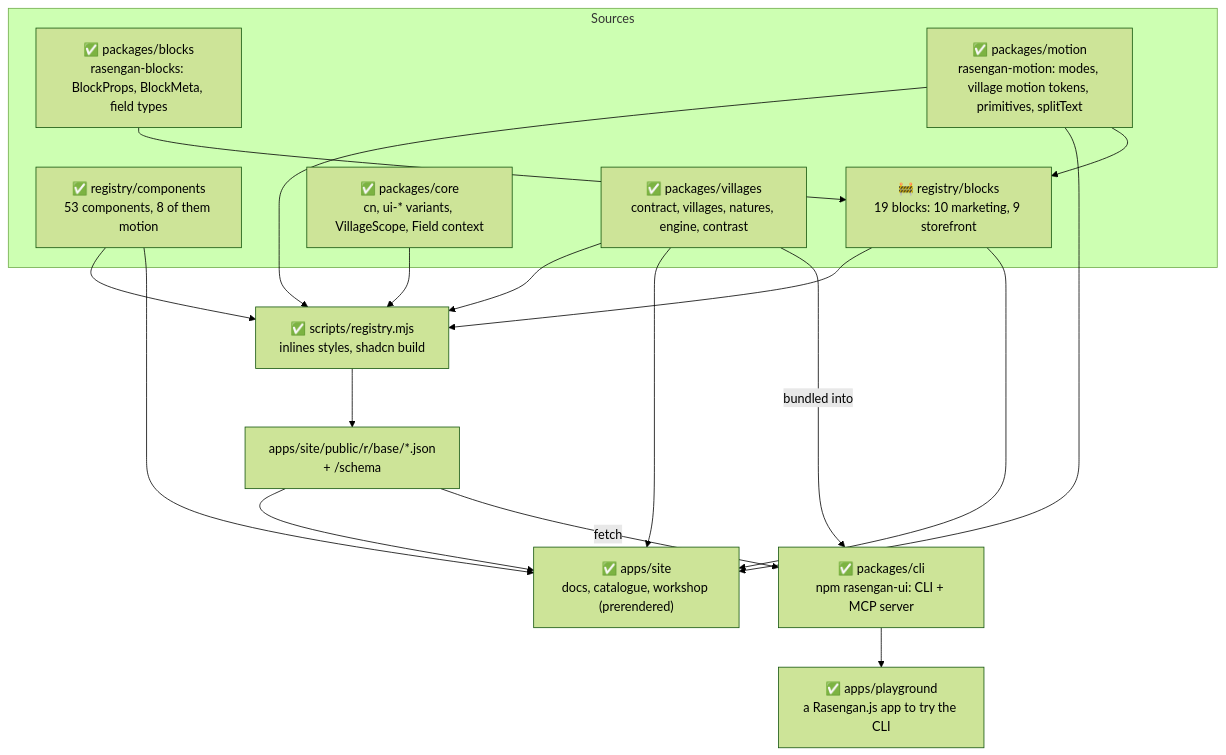
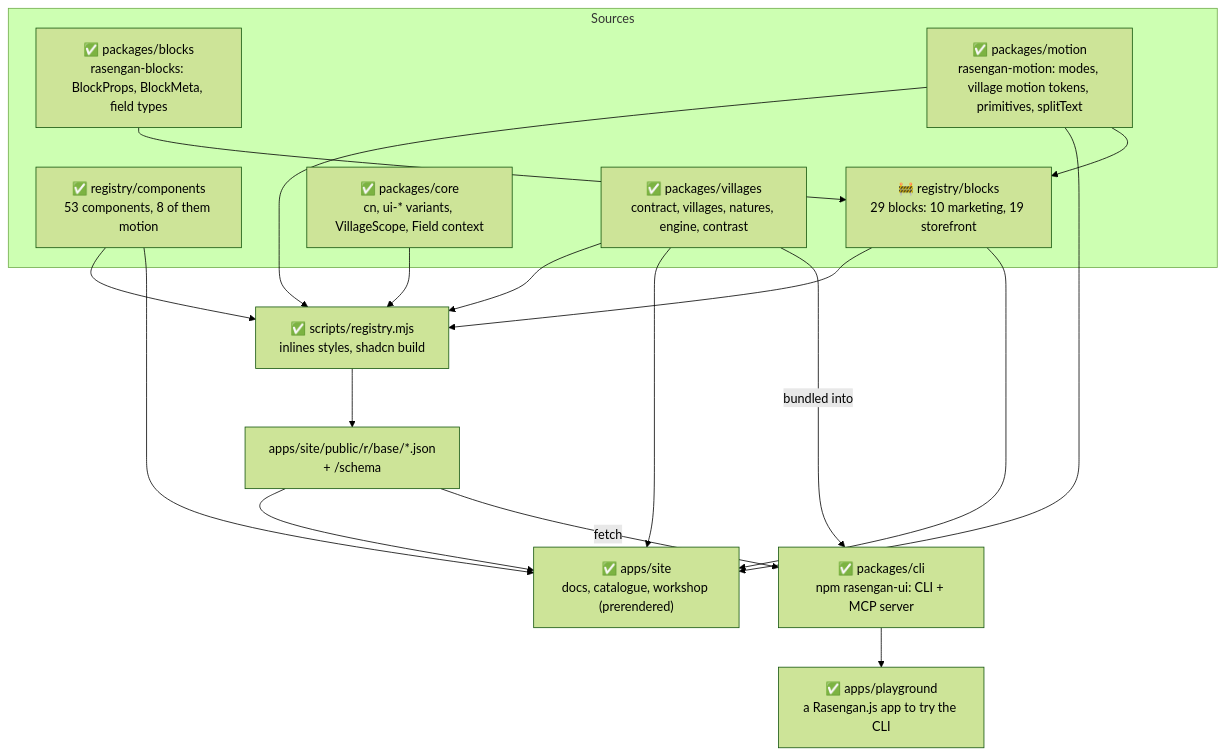
The second of 5 diagrams in docs/architecture.md (rasengan-dev/rasengan-ui), drawn with Mermaid (forest theme) before and after one commit. The commit also changed other lines of this file and 76 other files, not shown here.

First line of the commit message:
feat(blocks): RFC-0009 lot D, ten storefront blocks and the salon example

````diff
--- a/docs/architecture.md
+++ b/docs/architecture.md
@@ -41,34 +41,34 @@
 ```mermaid
 flowchart TB
   subgraph source[Sources]
     comps["✅ registry/components<br/>53 components, 8 of them motion"]
-    blocks["🚧 registry/blocks<br/>19 blocks: 10 marketing, 9 storefront"]
+    blocks["🚧 registry/blocks<br/>29 blocks: 10 marketing, 19 storefront"]
     blockslib["✅ packages/blocks<br/>rasengan-blocks: BlockProps, BlockMeta, field types"]
     core["✅ packages/core<br/>cn, ui-* variants, VillageScope, Field context"]
     villages["✅ packages/villages<br/>contract, villages, natures, engine, contrast"]
     motion["✅ packages/motion<br/>rasengan-motion: modes, village motion tokens, primitives, splitText"]
   end
 
   build["✅ scripts/registry.mjs<br/>inlines styles, shadcn build"]
   public["apps/site/public/r/base/*.json<br/>+ /schema"]
   site["✅ apps/site<br/>docs, catalogue, workshop (prerendered)"]
   cli["✅ packages/cli<br/>npm rasengan-ui: CLI + MCP server"]
   play["✅ apps/playground<br/>a Rasengan.js app to try the CLI"]
 
   comps --> build
   core --> build
   villages --> build
   build --> public
   public --> site
   villages --> site
   comps --> site
   public -- fetch --> cli
   villages -- bundled into --> cli
   cli --> play
   motion --> build
   motion --> site
   motion --> blocks
   blockslib --> blocks
   blocks --> build
   blocks --> site
 ```
````
